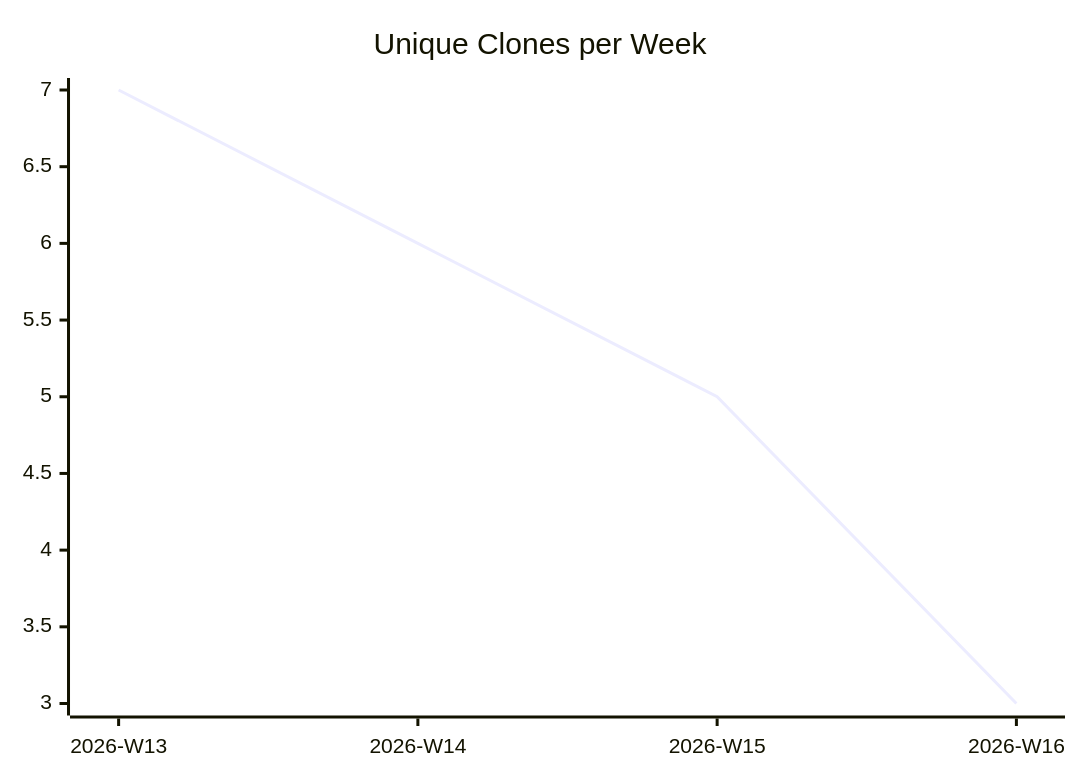
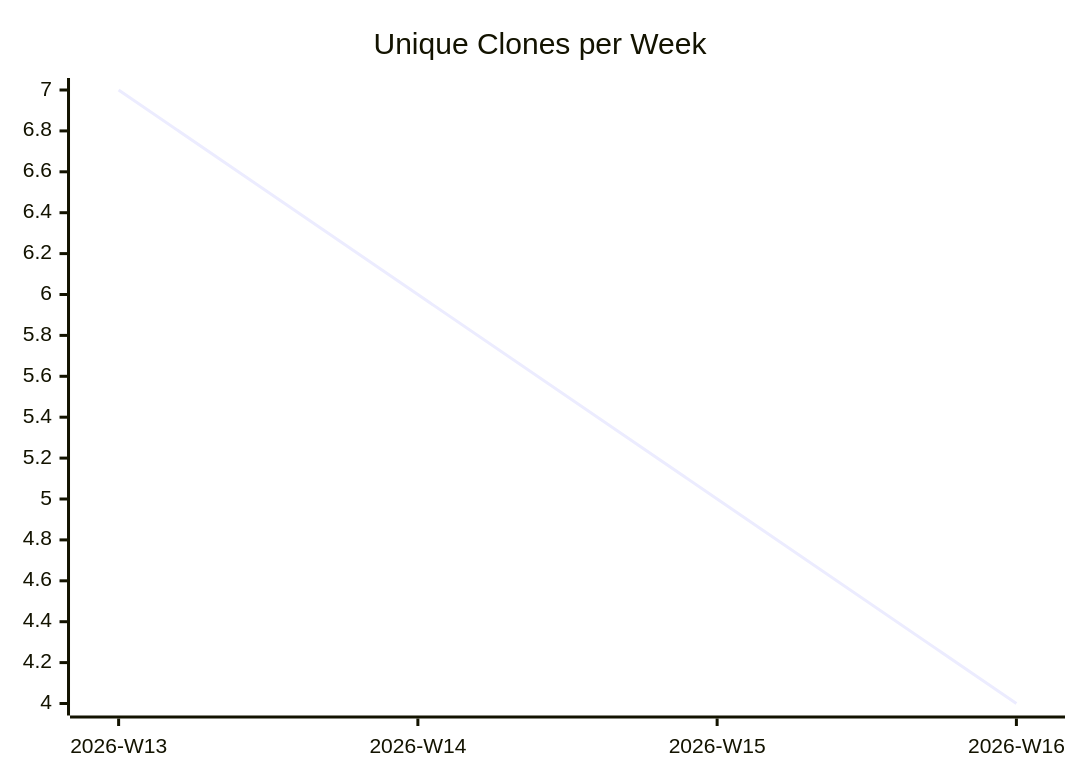
The third of 3 diagrams in karlmdavis/lego-ev3dev-rs/README.md (justdavis-family/github-analytics-data), drawn with Mermaid before and after one commit. The commit also changed other lines of this file and 189 other files, not shown here.

````diff
--- a/karlmdavis/lego-ev3dev-rs/README.md
+++ b/karlmdavis/lego-ev3dev-rs/README.md
@@ -19,6 +19,6 @@
 ```mermaid
 xychart-beta
   title "Unique Clones per Week"
   x-axis ["2026-W13", "2026-W14", "2026-W15", "2026-W16"]
-  line [7, 6, 5, 3]
+  line [7, 6, 5, 4]
 ```
````
